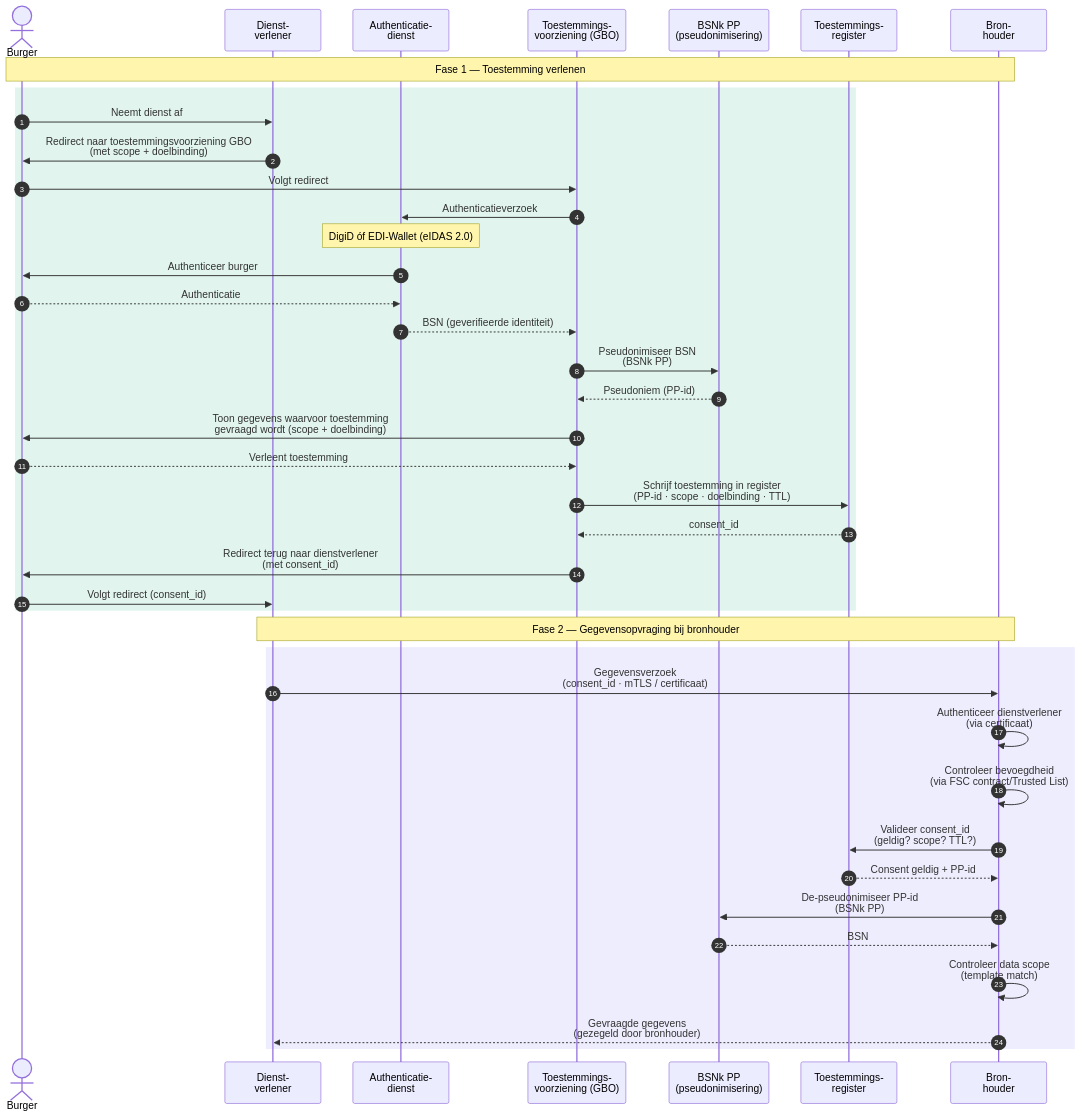
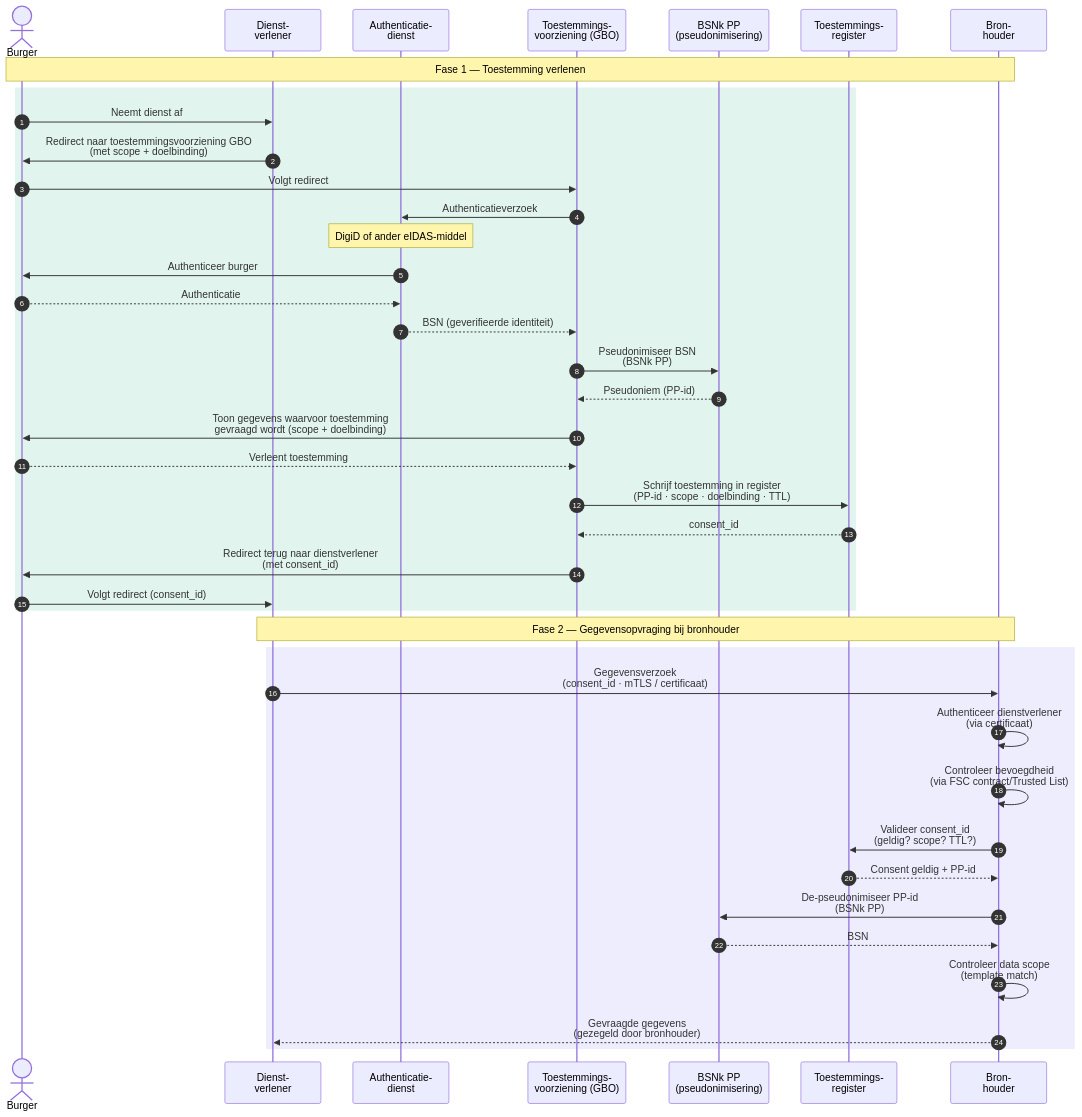
The diagram in docs/diagrammen/interactiepatroon-PP-haalt-gegevens-op.mmd (ICTU/GBO), drawn with Mermaid before and after one commit. The commit also changed 5 other files, not shown here.

````diff
--- a/docs/diagrammen/interactiepatroon-PP-haalt-gegevens-op.mmd
+++ b/docs/diagrammen/interactiepatroon-PP-haalt-gegevens-op.mmd
@@ -3,48 +3,48 @@
 ``` mermaid
 
 sequenceDiagram
     autonumber
     actor Burger
     participant DV as Dienst-<br/>verlener
     participant Auth as Authenticatie-<br/>dienst
     participant TV as Toestemmings-<br/>voorziening (GBO)
     participant PP as BSNk PP<br/>(pseudonimisering)
     participant TR as Toestemmings-<br/>register
     participant BRH as Bron-<br/>houder
 
     Note over Burger,BRH: Fase 1 — Toestemming verlenen
 
     rect rgb(225, 245, 238)
         Burger->>DV: Neemt dienst af
         DV->>Burger: Redirect naar toestemmingsvoorziening GBO<br/>(met scope + doelbinding)
         Burger->>TV: Volgt redirect
         TV->>Auth: Authenticatieverzoek
-        Note over Auth: DigiD óf EDI-Wallet (eIDAS 2.0)
+        Note over Auth: DigiD of ander eIDAS-middel
         Auth->>Burger: Authenticeer burger
         Burger-->>Auth: Authenticatie
         Auth-->>TV: BSN (geverifieerde identiteit)
         TV->>PP: Pseudonimiseer BSN<br/>(BSNk PP)
         PP-->>TV: Pseudoniem (PP-id)
         TV->>Burger: Toon gegevens waarvoor toestemming<br/>gevraagd wordt (scope + doelbinding)
         Burger-->>TV: Verleent toestemming
         TV->>TR: Schrijf toestemming in register<br/>(PP-id · scope · doelbinding · TTL)
         TR-->>TV: consent_id
         TV->>Burger: Redirect terug naar dienstverlener<br/>(met consent_id)
         Burger->>DV: Volgt redirect (consent_id)
     end
 
     Note over DV,BRH: Fase 2 — Gegevensopvraging bij bronhouder
 
     rect rgb(238, 237, 254)
         DV->>BRH: Gegevensverzoek<br/>(consent_id · mTLS / certificaat)
         BRH->>BRH: Authenticeer dienstverlener<br />(via certificaat)
         BRH->>BRH: Controleer bevoegdheid<br />(via FSC contract/Trusted List)
         BRH->>TR: Valideer consent_id<br/>(geldig? scope? TTL?)
         TR-->>BRH: Consent geldig + PP-id
         BRH->>PP: De-pseudonimiseer PP-id<br/>(BSNk PP)
         PP-->>BRH: BSN
         BRH->>BRH: Controleer data scope<br />(template match)
         BRH-->>DV: Gevraagde gegevens<br/>(gezegeld door bronhouder)
     end
 
 ```
````
